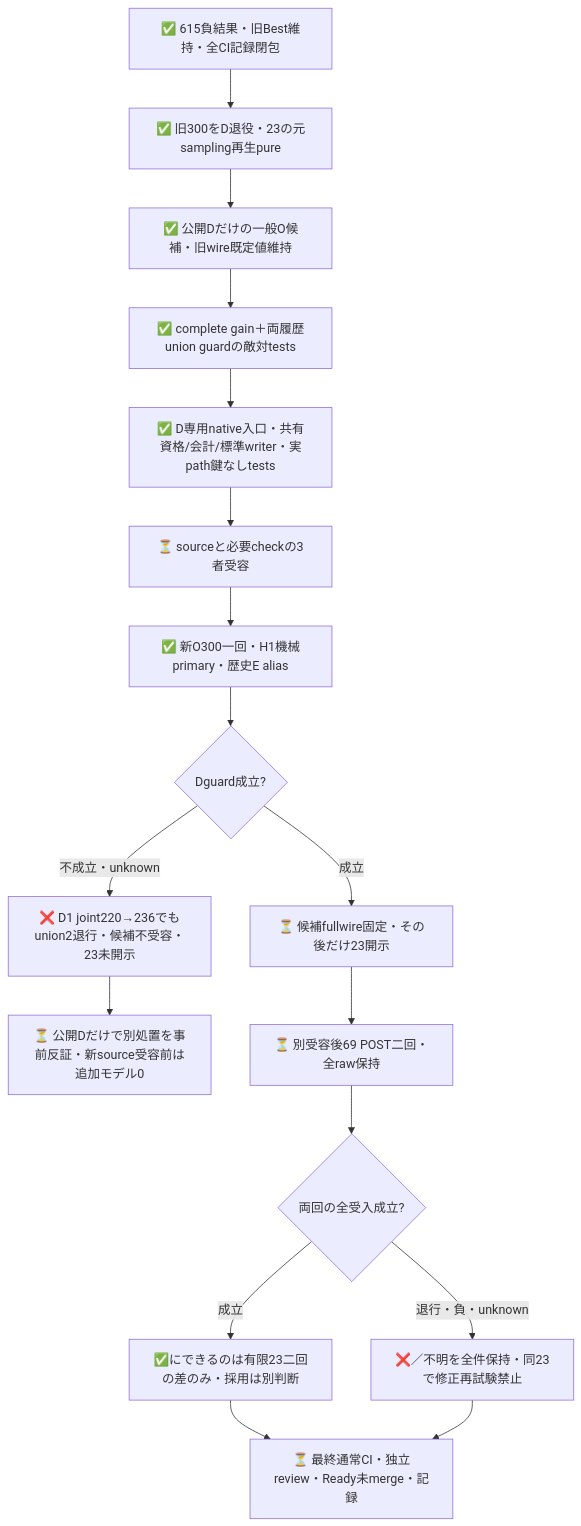
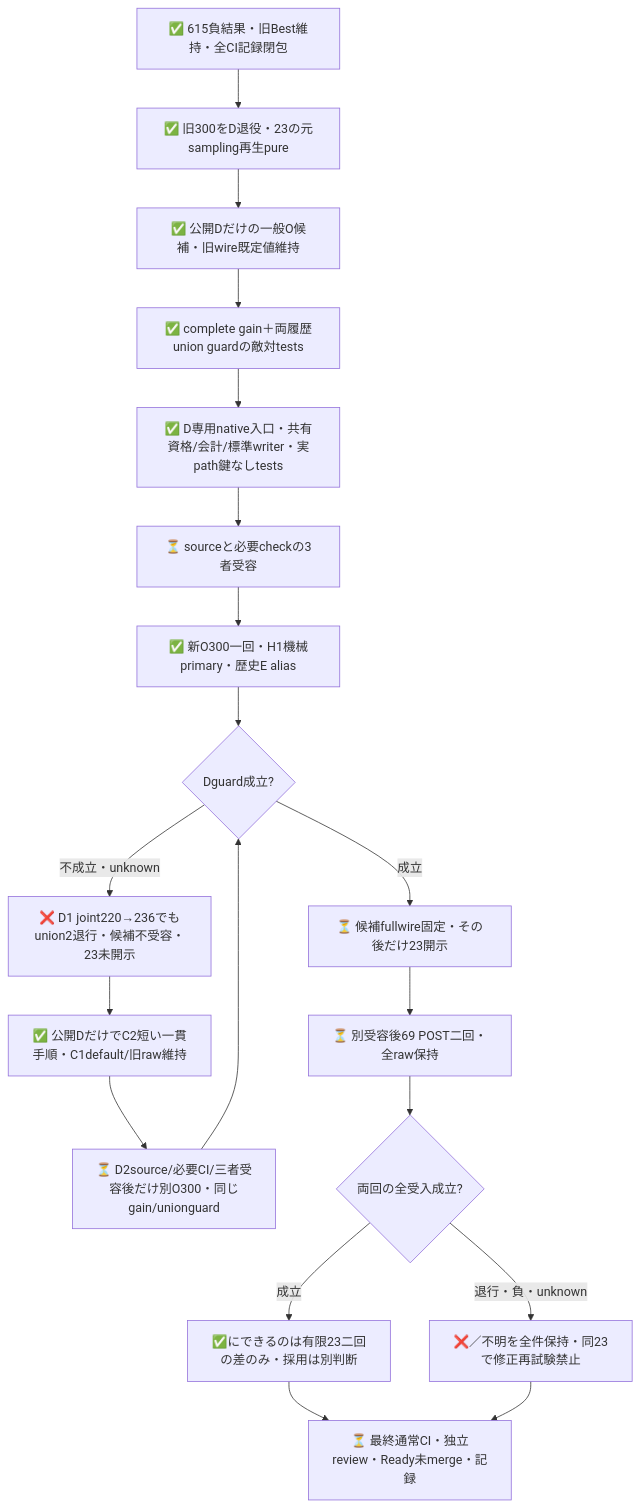
One commit to roccho-org/ops changed the second of 2 diagrams in experiments/sys1-eval-loop/reserve/README.md. Above: the diagram before and after it, drawn with Mermaid. The commit also changed other lines of this file and 8 other files, not shown here.

````diff
--- a/experiments/sys1-eval-loop/reserve/README.md
+++ b/experiments/sys1-eval-loop/reserve/README.md
@@ -46,19 +54,21 @@
 ```mermaid
 flowchart TB
   OLD[✅ 615負結果・旧Best維持・全CI記録閉包] --> D[✅ 旧300をD退役・23の元sampling再生pure]
   D --> C[✅ 公開Dだけの一般O候補・旧wire既定値維持]
   C --> T[✅ complete gain＋両履歴union guardの敵対tests]
   T --> ENTRY[✅ D専用native入口・共有資格/会計/標準writer・実path鍵なしtests]
   ENTRY --> REVIEW[⏳ sourceと必要checkの3者受容]
   REVIEW --> LIVE[✅ 新O300一回・H1機械primary・歴史E alias]
   LIVE --> G{Dguard成立?}
   G -->|不成立・unknown| STOP[❌ D1 joint220→236でもunion2退行・候補不受容・23未開示]
-  STOP --> NEXT[⏳ 公開Dだけで別処置を事前反証・新source受容前は追加モデル0]
+  STOP --> NEXT[✅ 公開DだけでC2短い一貫手順・C1default/旧raw維持]
+  NEXT --> D2[⏳ D2source/必要CI/三者受容後だけ別O300・同じgain/unionguard]
+  D2 --> G
   G -->|成立| FREEZE[⏳ 候補fullwire固定・その後だけ23開示]
   FREEZE --> H[⏳ 別受容後69 POST二回・全raw保持]
   H --> A{両回の全受入成立?}
   A -->|成立| FIN[✅にできるのは有限23二回の差のみ・採用は別判断]
   A -->|退行・負・unknown| NEG[❌／不明を全件保持・同23で修正再試験禁止]
   FIN --> CLOSE[⏳ 最終通常CI・独立review・Ready未merge・記録]
   NEG --> CLOSE
 ```
````
